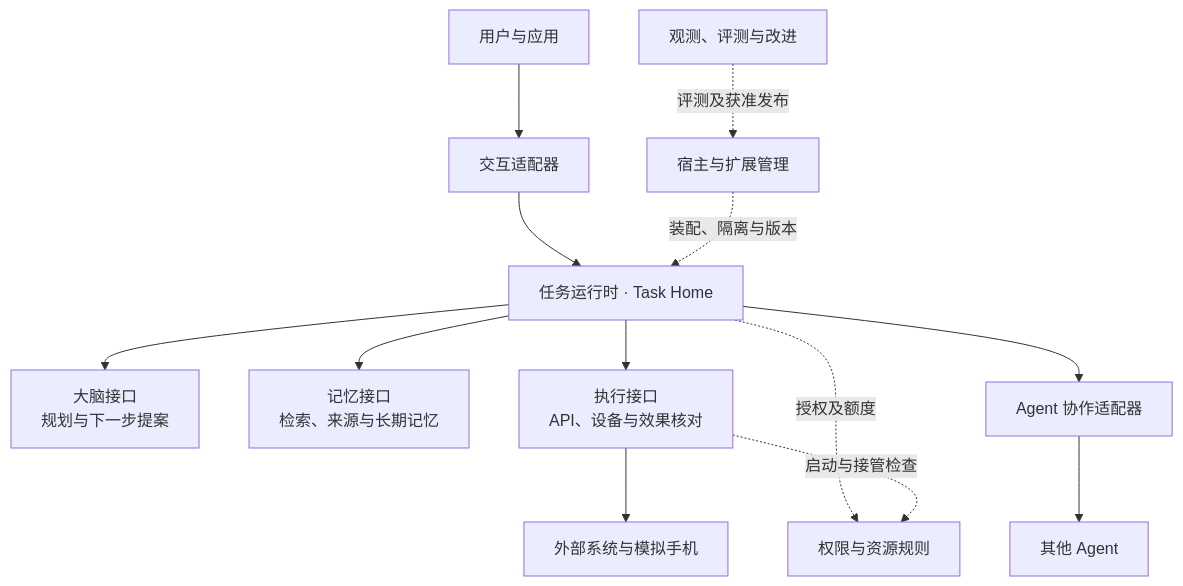
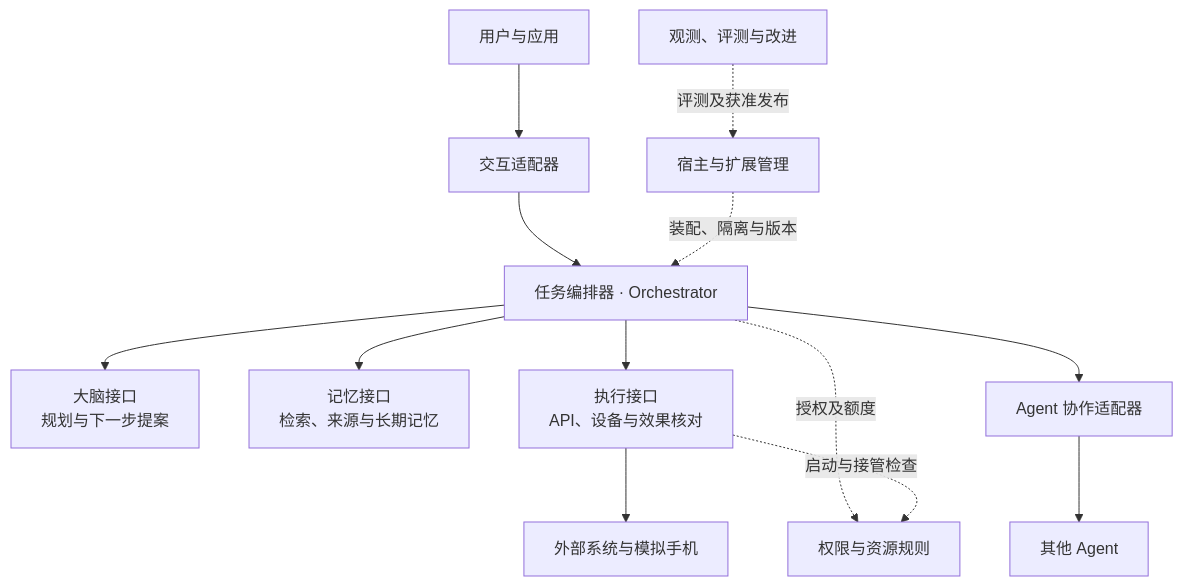
One commit to ruipengliu/lerna changed the diagram in docs/architecture/README.md. Above: the diagram before and after it, drawn with Mermaid. The commit also changed other lines of this file and 174 other files, not shown here.

Commit message:
docs: rename task runtime to orchestrator

````diff
--- a/docs/architecture/README.md
+++ b/docs/architecture/README.md
@@ -23,15 +23,15 @@
 ```mermaid
 flowchart TB
     U[用户与应用] --> I[交互适配器]
-    I --> H[任务运行时 · Task Home]
+    I --> H[任务编排器 · Orchestrator]
     H --> B[大脑接口<br/>规划与下一步提案]
     H --> M[记忆接口<br/>检索、来源与长期记忆]
     H --> E[执行接口<br/>API、设备与效果核对]
     H --> C[Agent 协作适配器]
     C --> A[其他 Agent]
     E --> X[外部系统与模拟手机]
     H -.授权及额度.-> P[权限与资源规则]
     E -.启动与接管检查.-> P
     R[宿主与扩展管理] -.装配、隔离与版本.-> H
     O[观测、评测与改进] -.评测及获准发布.-> R
 ```
````
